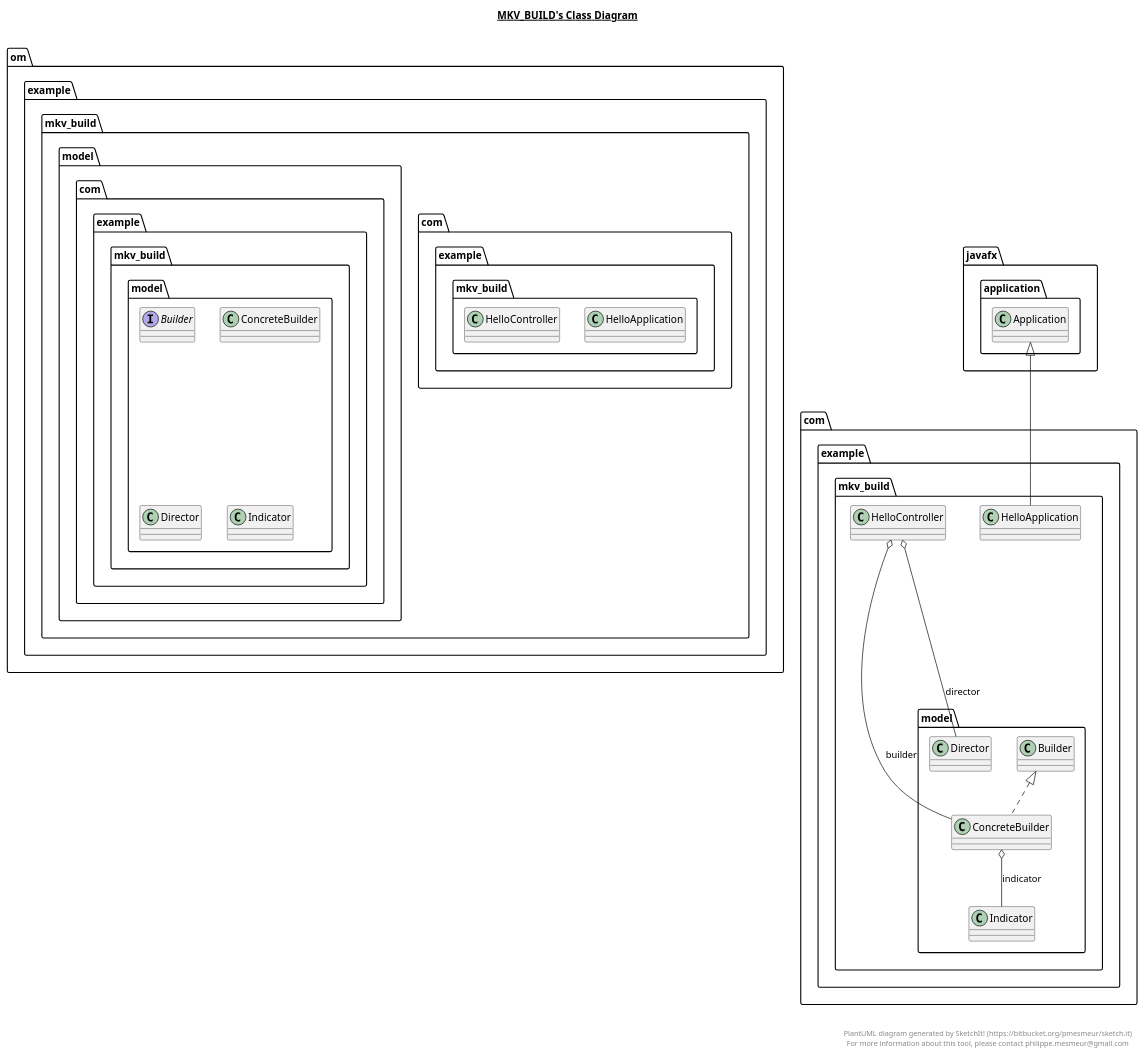
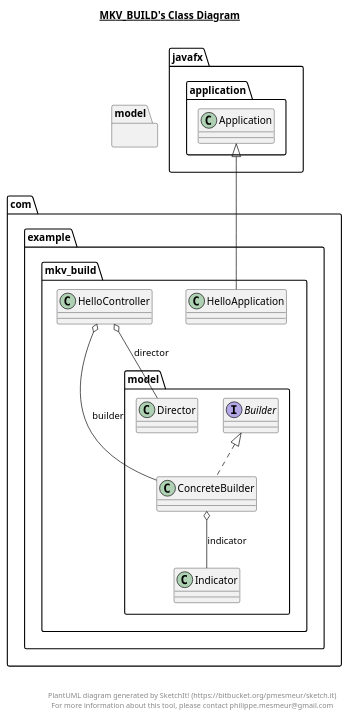
Before and after one commit to mkvr99/mkv_watch: the diagram in mkv_build.plantuml, drawn with PlantUML. The commit also changed 9 other files, not shown here.

```diff
--- a/mkv_build.plantuml
+++ b/mkv_build.plantuml
@@ -1,74 +1,61 @@
 @startuml
 
 title __MKV_BUILD's Class Diagram__\n
 
 
-    namespace om.example.mkv_build {
       class com.example.mkv_build.HelloApplication {
       }
-    }
 
   
 
 
-    namespace om.example.mkv_build {
       class com.example.mkv_build.HelloController {
       }
-    }
 
   
 
 
-    namespace om.example.mkv_build {
       namespace model {
         interface com.example.mkv_build.model.Builder {
         }
       }
-    }
+
+
+
+      namespace model {
+        class com.example.mkv_build.model.ConcreteBuilder {
+        }
+      }
 
   
 
 
-    namespace om.example.mkv_build {
-      namespace model {
-        class com.example.mkv_build.model.ConcreteBuilder {
-        }
-      }
-    }
-
-  
-
-
-    namespace om.example.mkv_build {
       namespace model {
         class com.example.mkv_build.model.Director {
         }
       }
-    }
 
+  
 
-
-    namespace om.example.mkv_build {
       namespace model {
         class com.example.mkv_build.model.Indicator {
         }
       }
-    }
 
   
 
   com.example.mkv_build.HelloApplication -up-|> javafx.application.Application
   com.example.mkv_build.HelloController o-- com.example.mkv_build.model.ConcreteBuilder : builder
   com.example.mkv_build.HelloController o-- com.example.mkv_build.model.Director : director
   com.example.mkv_build.model.ConcreteBuilder .up.|> com.example.mkv_build.model.Builder
   com.example.mkv_build.model.ConcreteBuilder o-- com.example.mkv_build.model.Indicator : indicator
 
 
 right footer
 
 
 PlantUML diagram generated by SketchIt! (https://bitbucket.org/pmesmeur/sketch.it)
 For more information about this tool, please contact philippe.mesmeur@gmail.com
 endfooter
 
 @enduml
```
